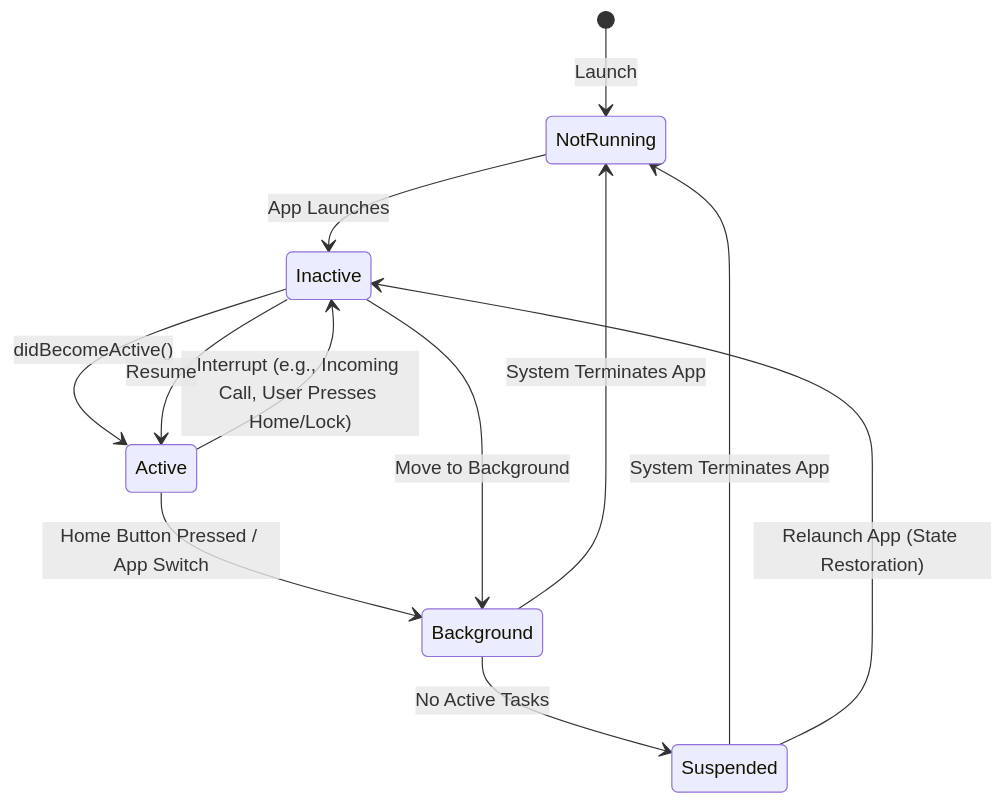
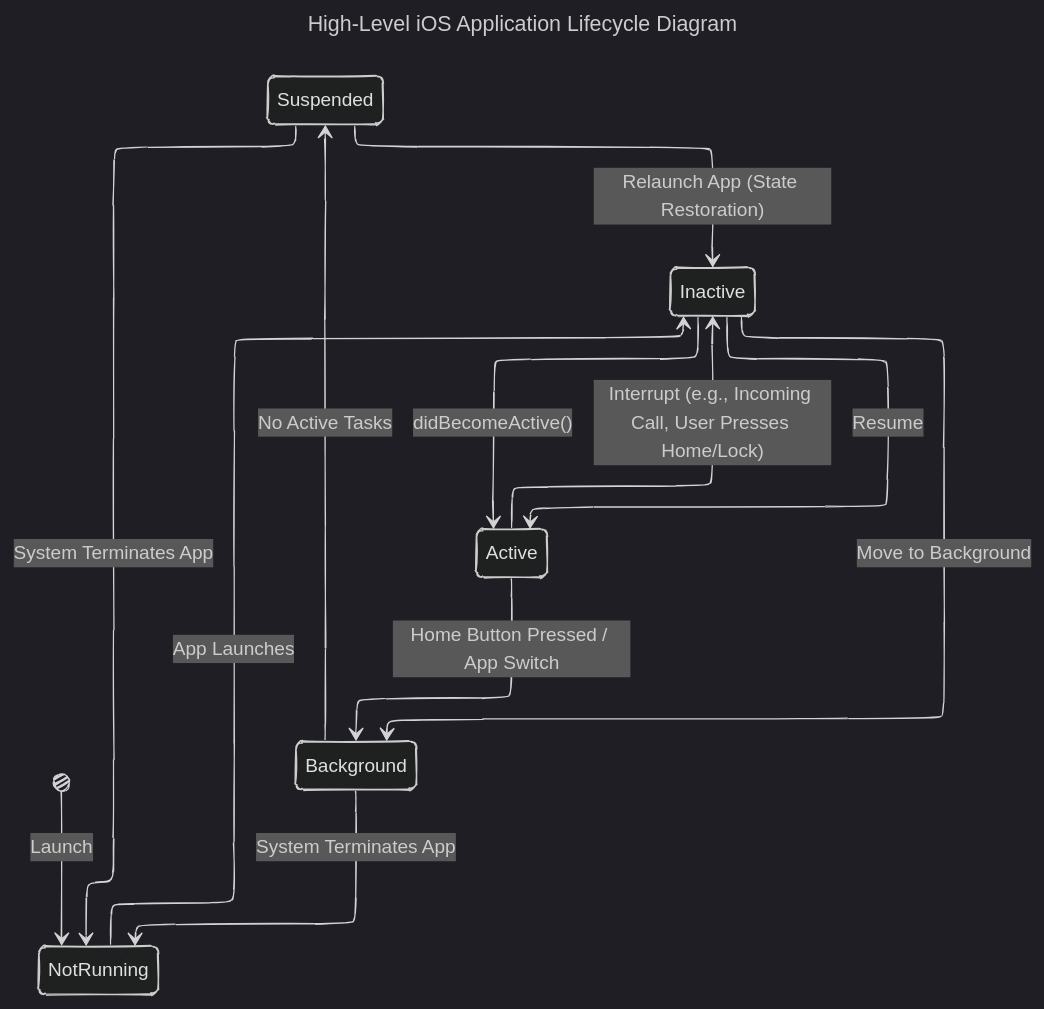
Before and after one commit to CongLeSolutionX/iOS-development-vault: the third of 6 diagrams in iOS_app_and_view_lifecycle/iOS_app_lifecycle_with_UIKit_and_SwiftUI.md, drawn with Mermaid. The commit also changed other lines of this file and 8 other files, not shown here.

````diff
--- a/iOS_app_and_view_lifecycle/iOS_app_lifecycle_with_UIKit_and_SwiftUI.md
+++ b/iOS_app_and_view_lifecycle/iOS_app_lifecycle_with_UIKit_and_SwiftUI.md
@@ -184,21 +197,27 @@
 ```mermaid
-%% High-Level iOS Application Lifecycle Diagram
+---
+title: High-Level iOS Application Lifecycle Diagram
+config:
+  layout: elk
+  look: handDrawn
+  theme: dark
+---
 stateDiagram-v2
     [*] --> NotRunning : Launch
 
     NotRunning --> Inactive : App Launches
     Inactive --> Active : didBecomeActive()
 
     Active --> Inactive : Interrupt (e.g., Incoming Call, User Presses Home/Lock)
     Inactive --> Active : Resume
 
     Active --> Background : Home Button Pressed / App Switch
     Inactive --> Background : Move to Background
 
     Background --> Suspended : No Active Tasks
     Background --> NotRunning : System Terminates App
     Suspended --> NotRunning : System Terminates App
 
     Suspended --> Inactive : Relaunch App (State Restoration)
 
 ```
````
